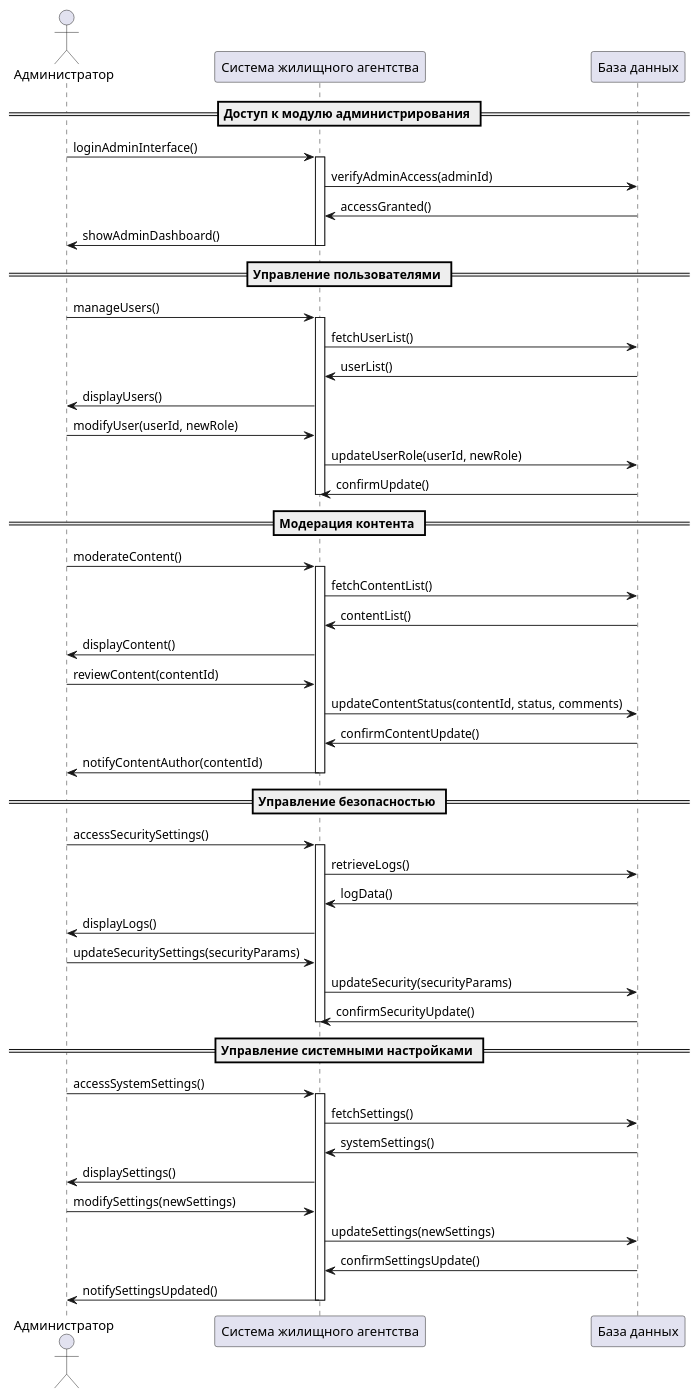
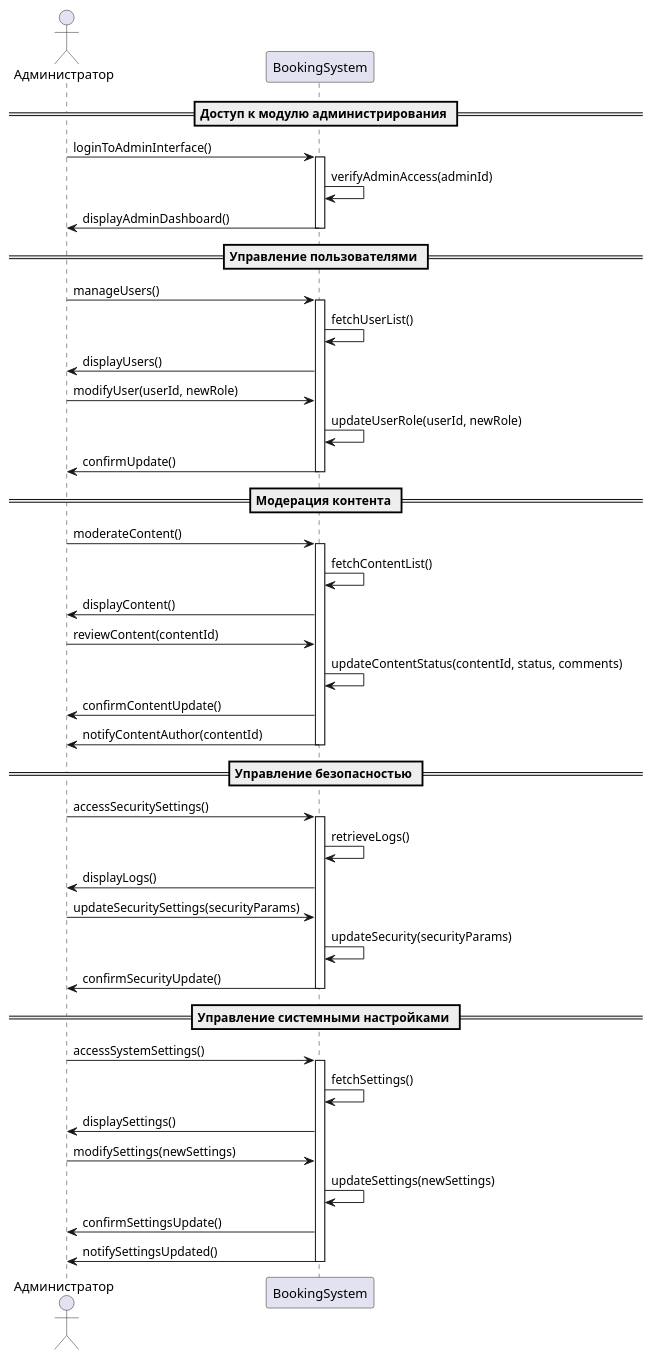
One commit to penamarth/bsbo-01-22_team4_var8 changed the diagram in precedents/SystemAdministration/SystemAdministrationSequenceDiagram.md. Above: the diagram before and after it, drawn with PlantUML.

Commit message:
Translate russian text in scenarios to english

````diff
--- a/precedents/SystemAdministration/SystemAdministrationSequenceDiagram.md
+++ b/precedents/SystemAdministration/SystemAdministrationSequenceDiagram.md
@@ -1,63 +1,57 @@
 ```plantuml
 @startuml
 
 actor "Администратор" as Administrator
-participant "Система жилищного агентства" as System
-participant "База данных" as DB
+participant "BookingSystem" as System
 
 == Доступ к модулю администрирования ==
-Administrator -> System: loginAdminInterface()
+Administrator -> System: loginToAdminInterface()
 activate System
-System -> DB: verifyAdminAccess(adminId)
-DB -> System: accessGranted()
-System -> Administrator: showAdminDashboard()
+System -> System: verifyAdminAccess(adminId)
+System -> Administrator: displayAdminDashboard()
 deactivate System
 
 == Управление пользователями ==
 Administrator -> System: manageUsers()
 activate System
-System -> DB: fetchUserList()
-DB -> System: userList()
+System -> System: fetchUserList()
 System -> Administrator: displayUsers()
 Administrator -> System: modifyUser(userId, newRole)
-System -> DB: updateUserRole(userId, newRole)
-DB -> System: confirmUpdate()
+System -> System: updateUserRole(userId, newRole)
+System -> Administrator: confirmUpdate()
 deactivate System
 
 == Модерация контента ==
 Administrator -> System: moderateContent()
 activate System
-System -> DB: fetchContentList()
-DB -> System: contentList()
+System -> System: fetchContentList()
 System -> Administrator: displayContent()
 Administrator -> System: reviewContent(contentId)
-System -> DB: updateContentStatus(contentId, status, comments)
-DB -> System: confirmContentUpdate()
+System -> System: updateContentStatus(contentId, status, comments)
+System -> Administrator: confirmContentUpdate()
 System -> Administrator: notifyContentAuthor(contentId)
 deactivate System
 
 == Управление безопасностью ==
 Administrator -> System: accessSecuritySettings()
 activate System
-System -> DB: retrieveLogs()
-DB -> System: logData()
+System -> System: retrieveLogs()
 System -> Administrator: displayLogs()
 Administrator -> System: updateSecuritySettings(securityParams)
-System -> DB: updateSecurity(securityParams)
-DB -> System: confirmSecurityUpdate()
+System -> System: updateSecurity(securityParams)
+System -> Administrator: confirmSecurityUpdate()
 deactivate System
 
 == Управление системными настройками ==
 Administrator -> System: accessSystemSettings()
 activate System
-System -> DB: fetchSettings()
-DB -> System: systemSettings()
+System -> System: fetchSettings()
 System -> Administrator: displaySettings()
 Administrator -> System: modifySettings(newSettings)
-System -> DB: updateSettings(newSettings)
-DB -> System: confirmSettingsUpdate()
+System -> System: updateSettings(newSettings)
+System -> Administrator: confirmSettingsUpdate()
 System -> Administrator: notifySettingsUpdated()
 deactivate System
 
 @enduml
 ```
````
